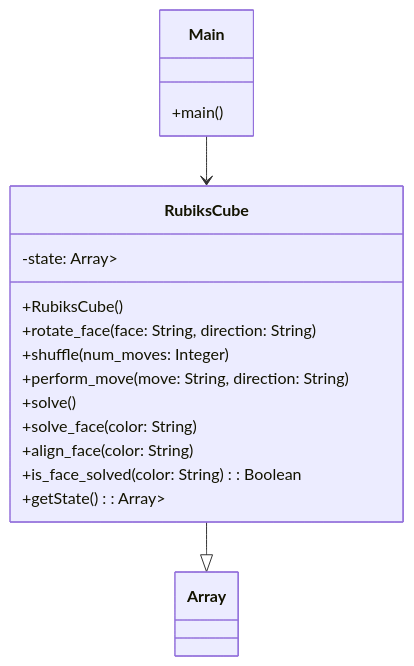
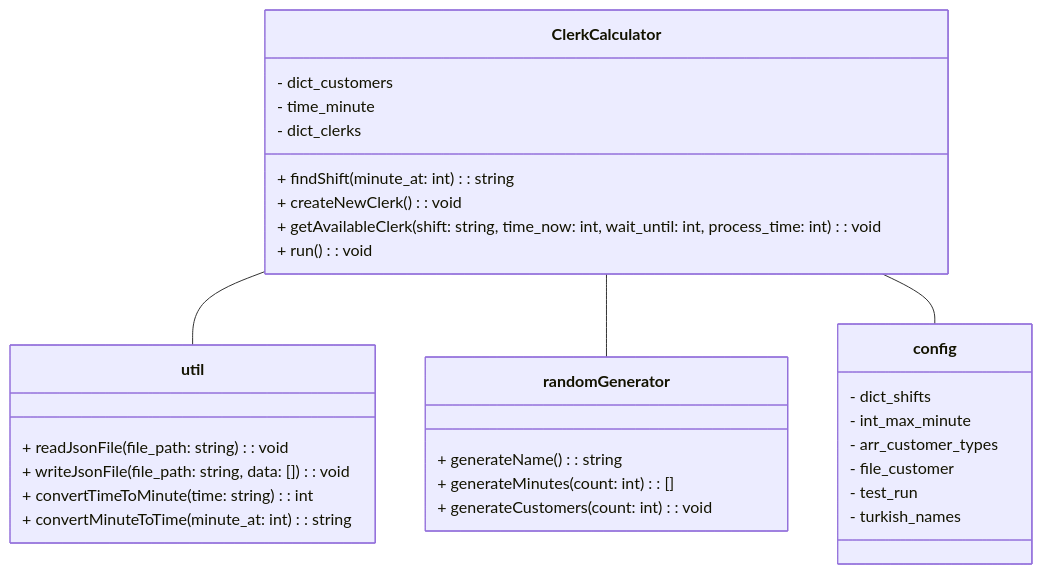
The first of 2 diagrams in README.md (duhanguler/ceng303), drawn with Mermaid before and after one commit. The commit also changed other lines of this file, not shown here.

````diff
--- a/README.md
+++ b/README.md
@@ -169,25 +84,40 @@
 ```mermaid
 classDiagram
-  class RubiksCube {
-    -state: Array<Array<String>>
-    +RubiksCube()
-    +rotate_face(face: String, direction: String)
-    +shuffle(num_moves: Integer)
-    +perform_move(move: String, direction: String)
-    +solve()
-    +solve_face(color: String)
-    +align_face(color: String)
-    +is_face_solved(color: String): Boolean
-    +getState(): Array<Array<String>>
+  class ClerkCalculator {
+    - dict_customers
+    - time_minute
+    - dict_clerks
+
+    + findShift(minute_at: int): string
+    + createNewClerk(): void
+    + getAvailableClerk(shift: string, time_now: int, wait_until: int, process_time: int): void
+    + run(): void
   }
 
-  RubiksCube --|> Array
-
-  class Main {
-    +main()
+  class util {
+    + readJsonFile(file_path: string): void
+    + writeJsonFile(file_path: string, data: []): void
+    + convertTimeToMinute(time: string): int
+    + convertMinuteToTime(minute_at: int): string
   }
 
-  Main --> RubiksCube
+  class randomGenerator {
+    + generateName(): string
+    + generateMinutes(count: int): []
+    + generateCustomers(count: int): void
+  }
 
+  class config {
+    - dict_shifts
+    - int_max_minute
+    - arr_customer_types
+    - file_customer
+    - test_run
+    - turkish_names
+  }
 
-  ```
+  ClerkCalculator -- util
+  ClerkCalculator -- randomGenerator
+  ClerkCalculator -- config
+
+```
````
